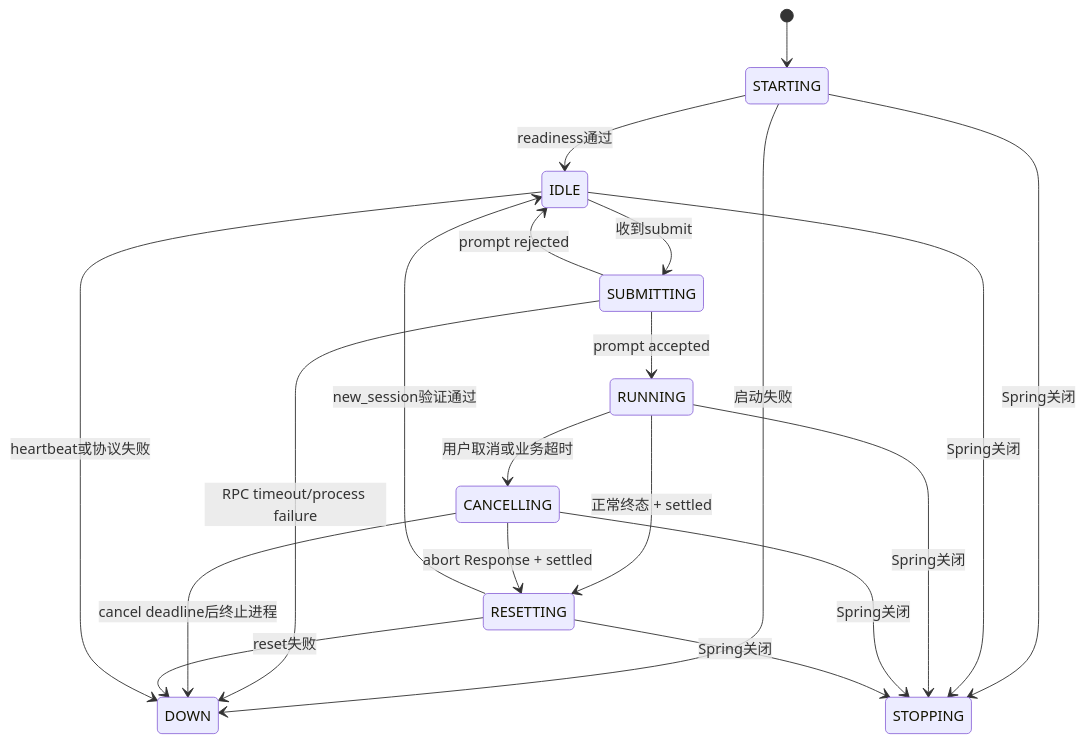
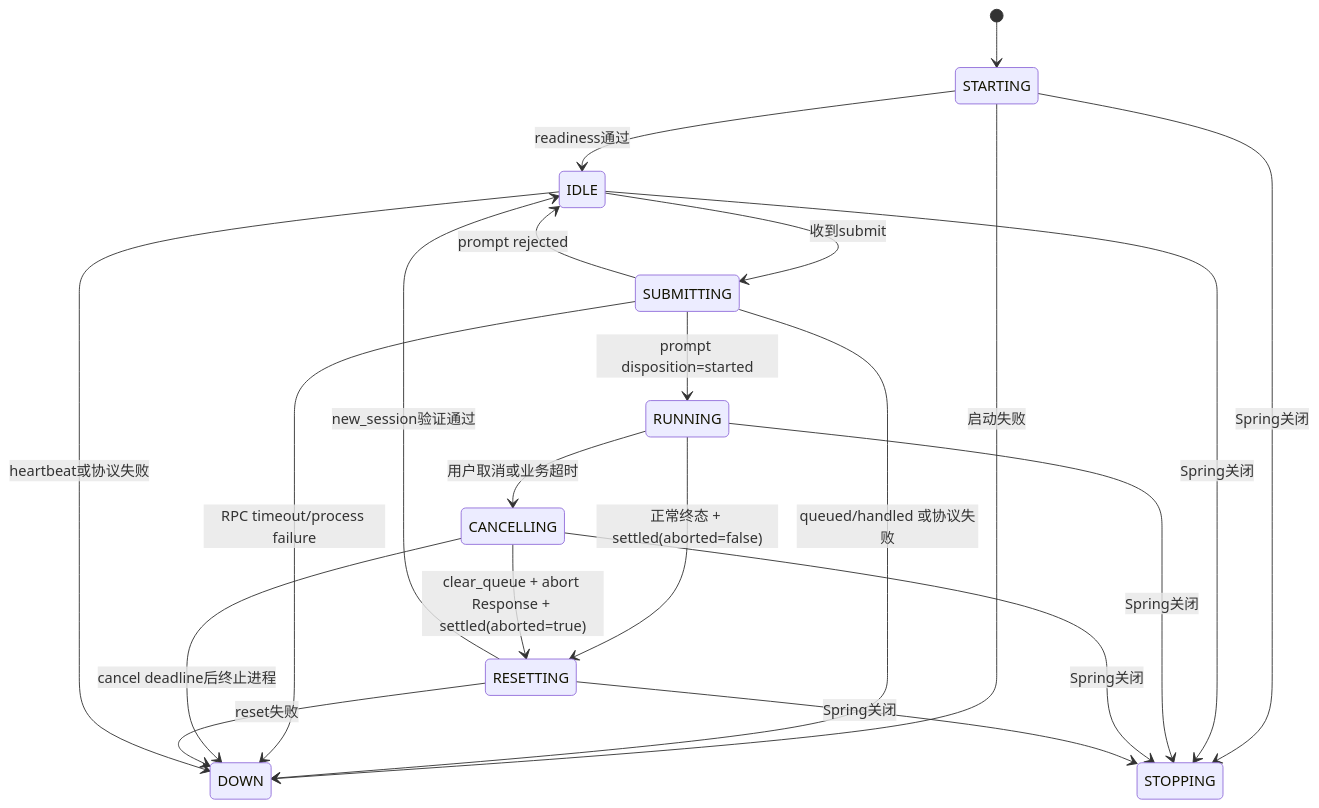
The second of 2 diagrams in docs/plans/spring-boot-pi-order-assistant-design.md (small-xiexu/pi-study), drawn with Mermaid before and after one commit. The commit also changed other lines of this file, not shown here.

````diff
--- a/docs/plans/spring-boot-pi-order-assistant-design.md
+++ b/docs/plans/spring-boot-pi-order-assistant-design.md
@@ -573,22 +603,23 @@
 ```mermaid
 stateDiagram-v2
     [*] --> STARTING
     STARTING --> IDLE: readiness通过
     STARTING --> DOWN: 启动失败
     IDLE --> SUBMITTING: 收到submit
-    SUBMITTING --> RUNNING: prompt accepted
+    SUBMITTING --> RUNNING: prompt disposition=started
     SUBMITTING --> IDLE: prompt rejected
+    SUBMITTING --> DOWN: queued/handled 或协议失败
     SUBMITTING --> DOWN: RPC timeout/process failure
     RUNNING --> CANCELLING: 用户取消或业务超时
-    RUNNING --> RESETTING: 正常终态 + settled
-    CANCELLING --> RESETTING: abort Response + settled
+    RUNNING --> RESETTING: 正常终态 + settled(aborted=false)
+    CANCELLING --> RESETTING: clear_queue + abort Response + settled(aborted=true)
     CANCELLING --> DOWN: cancel deadline后终止进程
     RESETTING --> IDLE: new_session验证通过
     RESETTING --> DOWN: reset失败
     IDLE --> DOWN: heartbeat或协议失败
     STARTING --> STOPPING: Spring关闭
     IDLE --> STOPPING: Spring关闭
     RUNNING --> STOPPING: Spring关闭
     CANCELLING --> STOPPING: Spring关闭
     RESETTING --> STOPPING: Spring关闭
 ```
````
